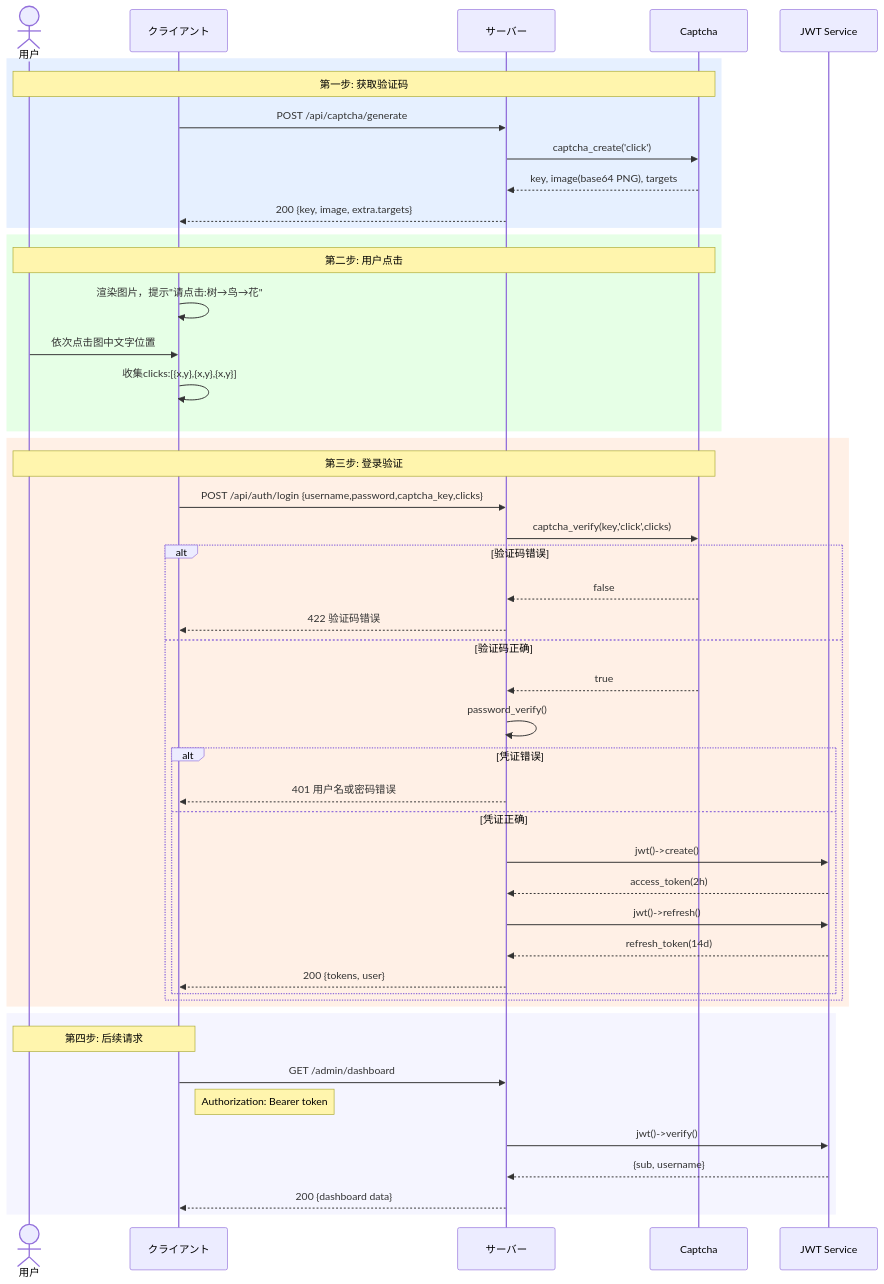
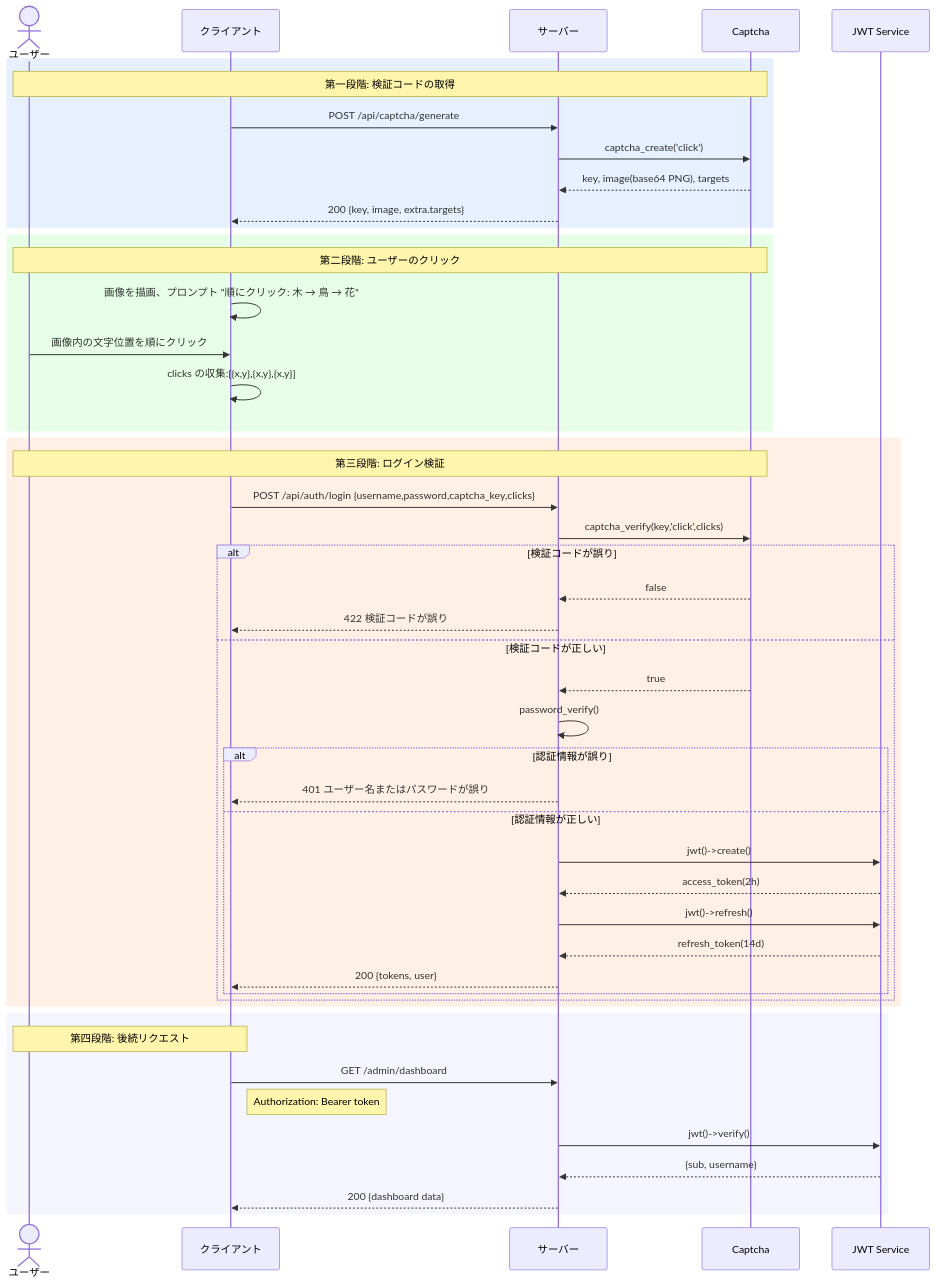
The diagram in admin/docs/diagrams/04-auth-captcha-flow.ja.md (erikwang2013/game-platform-php), drawn with Mermaid before and after one commit. The commit also changed 211 other files, not shown here.

First line of the commit message:
fix: 支付配置读回类型根治、提现事件对账巡检，12 语族 mermaid 与 API 标签本地化

````diff
--- a/admin/docs/diagrams/04-auth-captcha-flow.ja.md
+++ b/admin/docs/diagrams/04-auth-captcha-flow.ja.md
@@ -7,55 +7,55 @@
 ```mermaid
 sequenceDiagram
-    actor U as 用户
+    actor U as ユーザー
     participant CL as クライアント
     participant SV as サーバー
     participant CAP as Captcha
     participant JWT as JWT Service
 
     rect rgb(230, 240, 255)
-    Note over U,CAP: 第一步: 获取验证码
+    Note over U,CAP: 第一段階: 検証コードの取得
     CL->>SV: POST /api/captcha/generate
     SV->>CAP: captcha_create('click')
     CAP-->>SV: key, image(base64 PNG), targets
     SV-->>CL: 200 {key, image, extra.targets}
     end
 
     rect rgb(230, 255, 230)
-    Note over U,CAP: 第二步: 用户点击
-    CL->>CL: 渲染图片，提示"请点击:树→鸟→花"
-    U->>CL: 依次点击图中文字位置
-    CL->>CL: 收集clicks:[{x,y},{x,y},{x,y}]
+    Note over U,CAP: 第二段階: ユーザーのクリック
+    CL->>CL: 画像を描画、プロンプト "順にクリック: 木 → 鳥 → 花"
+    U->>CL: 画像内の文字位置を順にクリック
+    CL->>CL: clicks の収集:[{x,y},{x,y},{x,y}]
     end
 
     rect rgb(255, 240, 230)
-    Note over U,CAP: 第三步: 登录验证
+    Note over U,CAP: 第三段階: ログイン検証
     CL->>SV: POST /api/auth/login {username,password,captcha_key,clicks}
     SV->>CAP: captcha_verify(key,'click',clicks)
 
-    alt 验证码错误
+    alt 検証コードが誤り
         CAP-->>SV: false
-        SV-->>CL: 422 验证码错误
-    else 验证码正确
+        SV-->>CL: 422 検証コードが誤り
+    else 検証コードが正しい
         CAP-->>SV: true
         SV->>SV: password_verify()
-        alt 凭证错误
-            SV-->>CL: 401 用户名或密码错误
-        else 凭证正确
+        alt 認証情報が誤り
+            SV-->>CL: 401 ユーザー名またはパスワードが誤り
+        else 認証情報が正しい
             SV->>JWT: jwt()->create()
             JWT-->>SV: access_token(2h)
             SV->>JWT: jwt()->refresh()
             JWT-->>SV: refresh_token(14d)
             SV-->>CL: 200 {tokens, user}
         end
     end
     end
 
     rect rgb(245, 245, 255)
-    Note over U,CL: 第四步: 后续请求
+    Note over U,CL: 第四段階: 後続リクエスト
     CL->>SV: GET /admin/dashboard
     Note right of CL: Authorization: Bearer token
     SV->>JWT: jwt()->verify()
     JWT-->>SV: {sub, username}
     SV-->>CL: 200 {dashboard data}
     end
 ```
````
